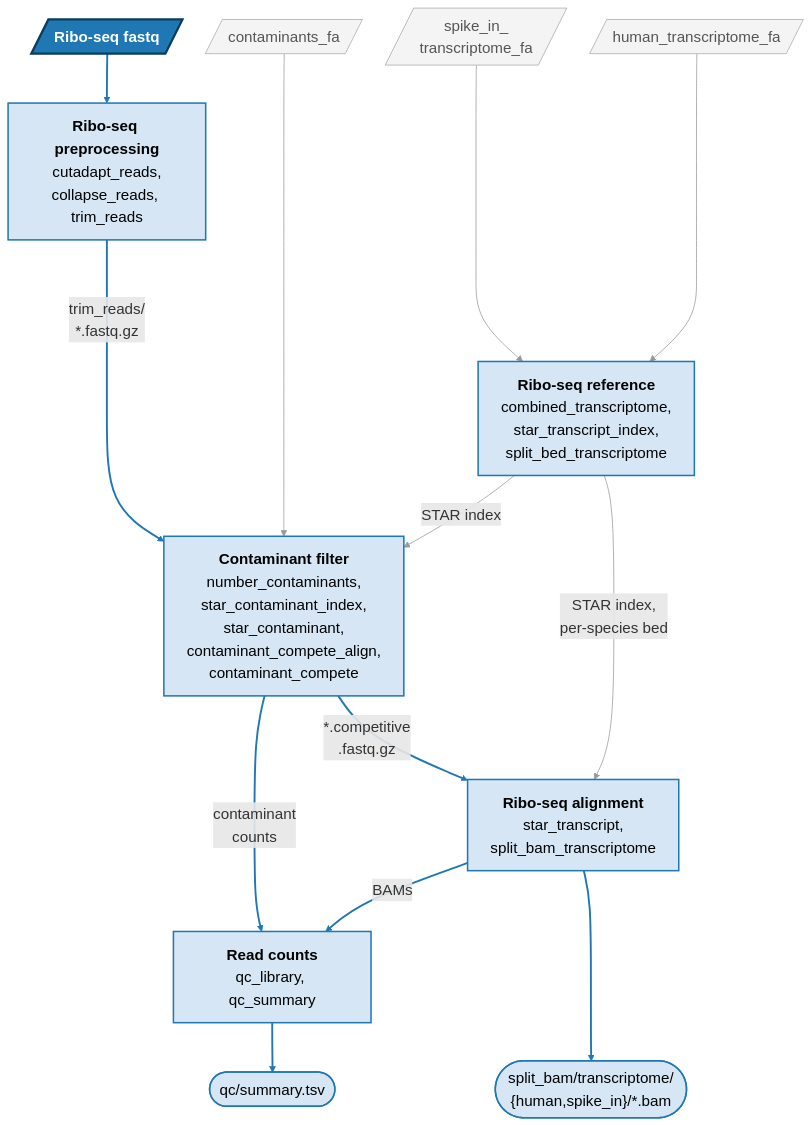
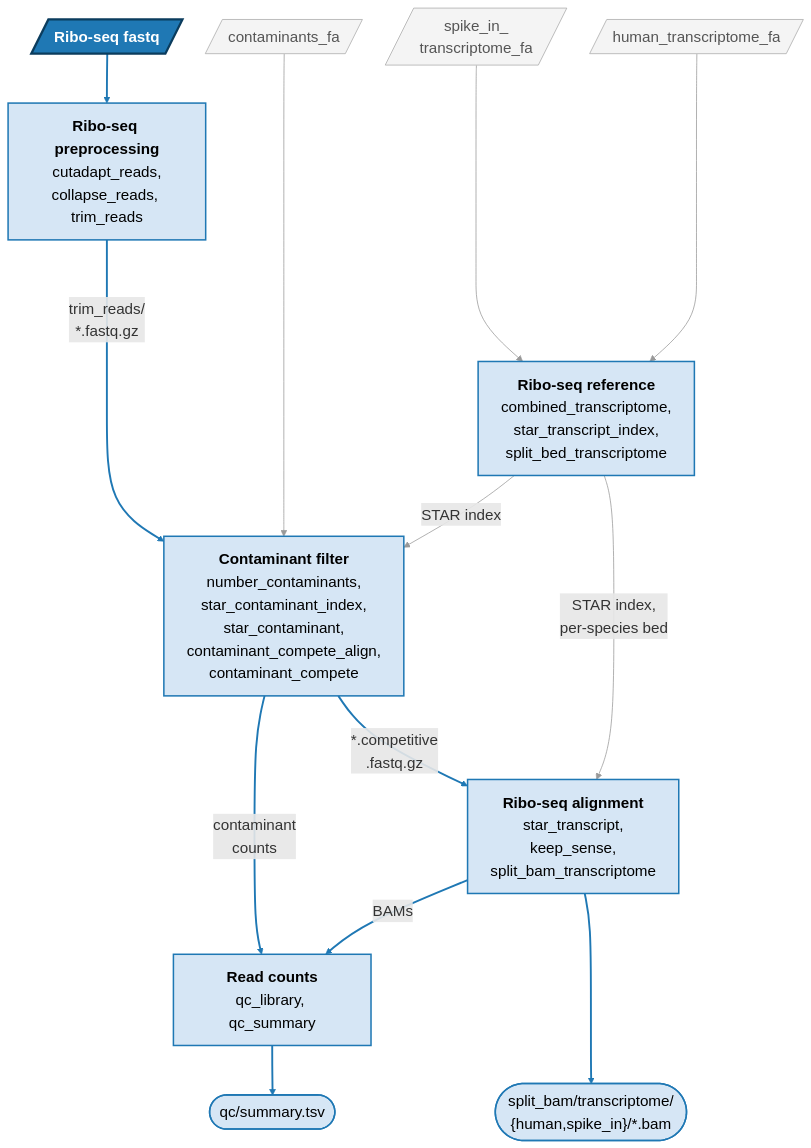
Before and after one commit to katarinagresova/wf-riboseq-align: the diagram in README.md, drawn with Mermaid. The commit also changed other lines of this file and 8 other files, not shown here.

Commit message:
Add antisense handling to Ribo-seq workflow: implement keep_sense rule and script to filter antisense alignments

````diff
--- a/README.md
+++ b/README.md
@@ -12,41 +12,41 @@
 ```mermaid
 %%{init: {"themeVariables": {"fontSize": "20px"}, "flowchart": {"nodeSpacing": 30}}}%%
 flowchart TD
     human[/"human_transcriptome_fa"/]
     spike[/"spike_in_<br>transcriptome_fa"/]
     contam_fa[/"contaminants_fa"/]
     ribo[/"<b>Ribo-seq fastq</b>"/]
 
     ref["<b>Ribo-seq reference</b><br>combined_transcriptome,<br>star_transcript_index,<br>split_bed_transcriptome"]
     trim["<b>Ribo-seq preprocessing</b><br>cutadapt_reads,<br>collapse_reads, trim_reads"]
     contam["<b>Contaminant filter</b><br>number_contaminants,<br>star_contaminant_index,<br>star_contaminant,<br>contaminant_compete_align,<br>contaminant_compete"]
-    align["<b>Ribo-seq alignment</b><br>star_transcript,<br>split_bam_transcriptome"]
+    align["<b>Ribo-seq alignment</b><br>star_transcript,<br>keep_sense,<br>split_bam_transcriptome"]
     qc["<b>Read counts</b><br>qc_library, qc_summary"]
 
     bams(["split_bam/transcriptome/<br>{human,spike_in}/*.bam"])
     summary(["qc/summary.tsv"])
 
     %% Longer arrows (more dashes) keep every input on the top row and every output on the bottom row.
     %% The edge order keeps the diagram narrow: GitHub shrinks a wide one, and its text with it.
     ribo --> trim
     trim ---->|"trim_reads/<br>*.fastq.gz"| contam
     contam_fa -----> contam
     spike ----> ref
     ref -->|"STAR index"| contam
     contam -->|"*.competitive<br>.fastq.gz"| align
     ref -->|"STAR index,<br>per-species bed"| align
     contam -->|"contaminant<br>counts"| qc
     align -->|"BAMs"| qc
     align ---> bams
     qc --> summary
     human ----> ref
 
     classDef riboInput fill:#1f78b4,stroke:#0b3c5d,stroke-width:3px,color:#fff
     classDef helper fill:#f4f4f4,stroke:#aaa,color:#555
     classDef riboStep fill:#d6e6f5,stroke:#1f78b4,stroke-width:2px,color:#000
     class ribo riboInput
     class contam_fa,spike,human helper
     class trim,contam,ref,align,qc,bams,summary riboStep
     linkStyle 0,1,5,7,8,9,10 stroke:#1f78b4,stroke-width:2.5px
     linkStyle 2,3,4,6,11 stroke:#999
 ```
````
